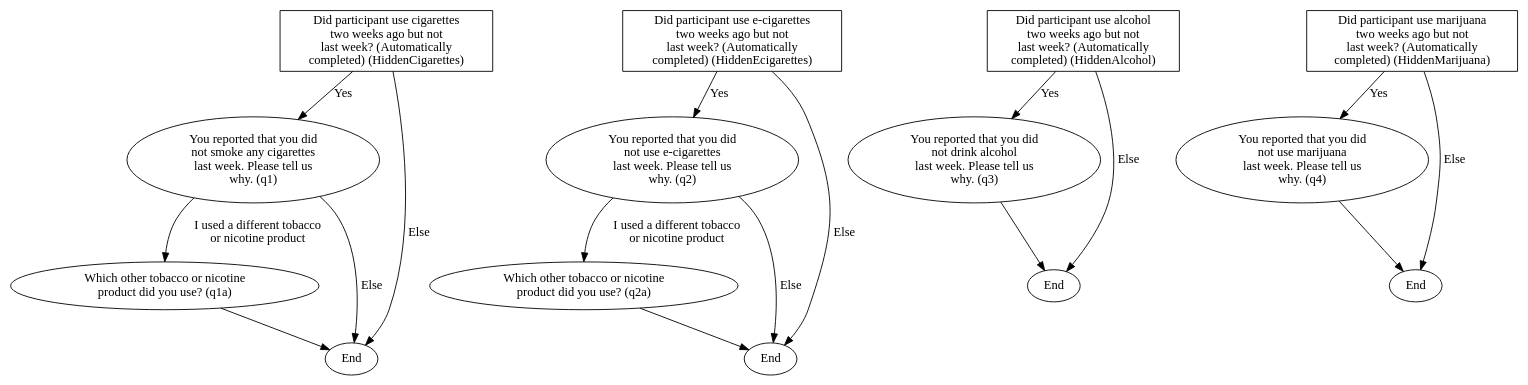
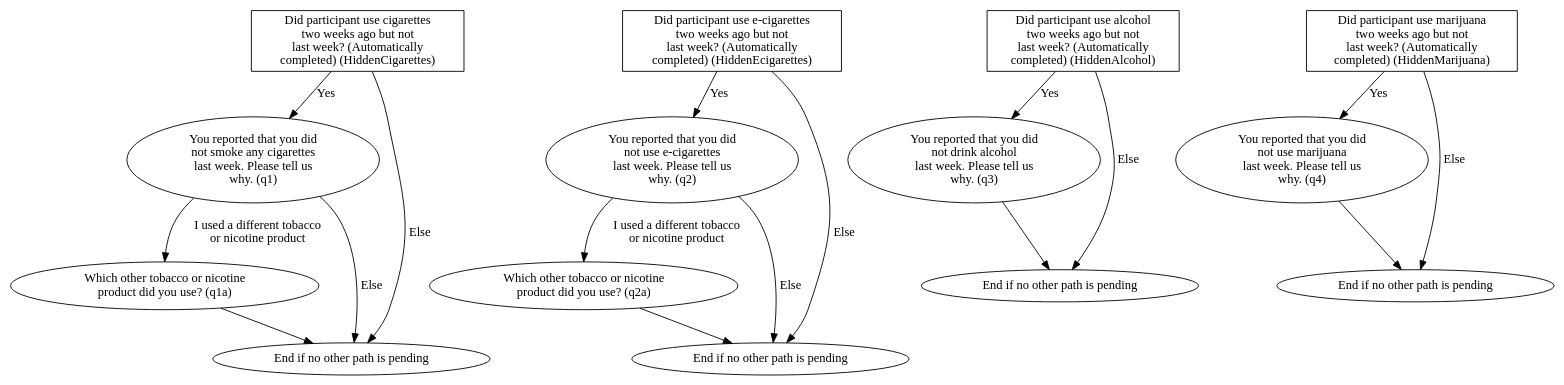
Before and after one commit to dbrazel/cotwins-flowcharts: the diagram in intermittent_use.dot, drawn with Graphviz. The commit also changed 4 other files, not shown here.

```diff
--- a/intermittent_use.dot
+++ b/intermittent_use.dot
@@ -1,43 +1,43 @@
 digraph {
 	//Nodes (Questions)
 	HiddenCigarettes[label="Did participant use cigarettes\ntwo weeks ago but not\nlast week? (Automatically\ncompleted) (HiddenCigarettes)", shape=box]
 	HiddenEcigarettes[label="Did participant use e-cigarettes\ntwo weeks ago but not\nlast week? (Automatically\ncompleted) (HiddenEcigarettes)", shape=box]
 	HiddenAlcohol[label="Did participant use alcohol\ntwo weeks ago but not\nlast week? (Automatically\ncompleted) (HiddenAlcohol)", shape=box]
 	HiddenMarijuana[label="Did participant use marijuana\ntwo weeks ago but not\nlast week? (Automatically\ncompleted) (HiddenMarijuana)", shape=box]
 
 	q1[label="You reported that you did\nnot smoke any cigarettes\nlast week. Please tell us\nwhy. (q1)"]
 	q1a[label="Which other tobacco or nicotine\nproduct did you use? (q1a)"]
 
 	q2[label="You reported that you did\nnot use e-cigarettes\nlast week. Please tell us\nwhy. (q2)"]
 	q2a[label="Which other tobacco or nicotine\nproduct did you use? (q2a)"]
 
 	q3[label="You reported that you did\nnot drink alcohol\nlast week. Please tell us\nwhy. (q3)"]
 
 	q4[label="You reported that you did\nnot use marijuana\nlast week. Please tell us\nwhy. (q4)"]
 
-	End1[label="End"]
-	End2[label="End"]
-	End3[label="End"]
-	End4[label="End"]
+	End1[label="End if no other path is pending"]
+	End2[label="End if no other path is pending"]
+	End3[label="End if no other path is pending"]
+	End4[label="End if no other path is pending"]
 
 	//Edges (Routing Logic)
 	HiddenCigarettes -> q1[label="Yes"]
 	HiddenCigarettes -> End1[label="Else"]
 	q1 -> q1a[label="I used a different tobacco\nor nicotine product"]
 	q1 -> End1[label="Else"]
 	q1a -> End1
 
 	HiddenEcigarettes -> q2[label="Yes"]
 	HiddenEcigarettes -> End2[label="Else"]
 	q2 -> q2a[label="I used a different tobacco\nor nicotine product"]
 	q2 -> End2[label="Else"]
 	q2a -> End2
 
 	HiddenAlcohol -> q3[label="Yes"]
 	HiddenAlcohol -> End3[label="Else"]
 	q3 -> End3
 
 	HiddenMarijuana -> q4[label="Yes"]
 	HiddenMarijuana -> End4[label="Else"]
 	q4 -> End4
 }
```
